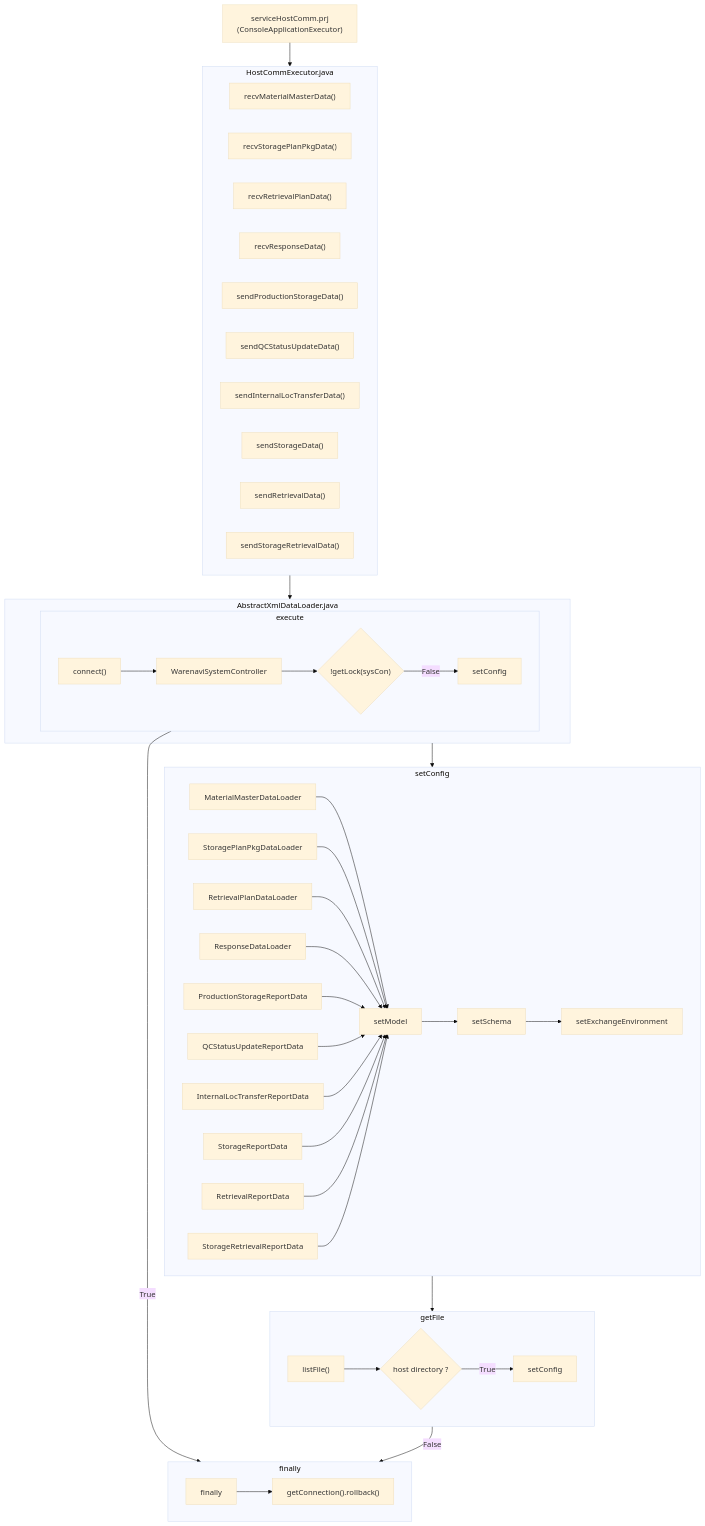
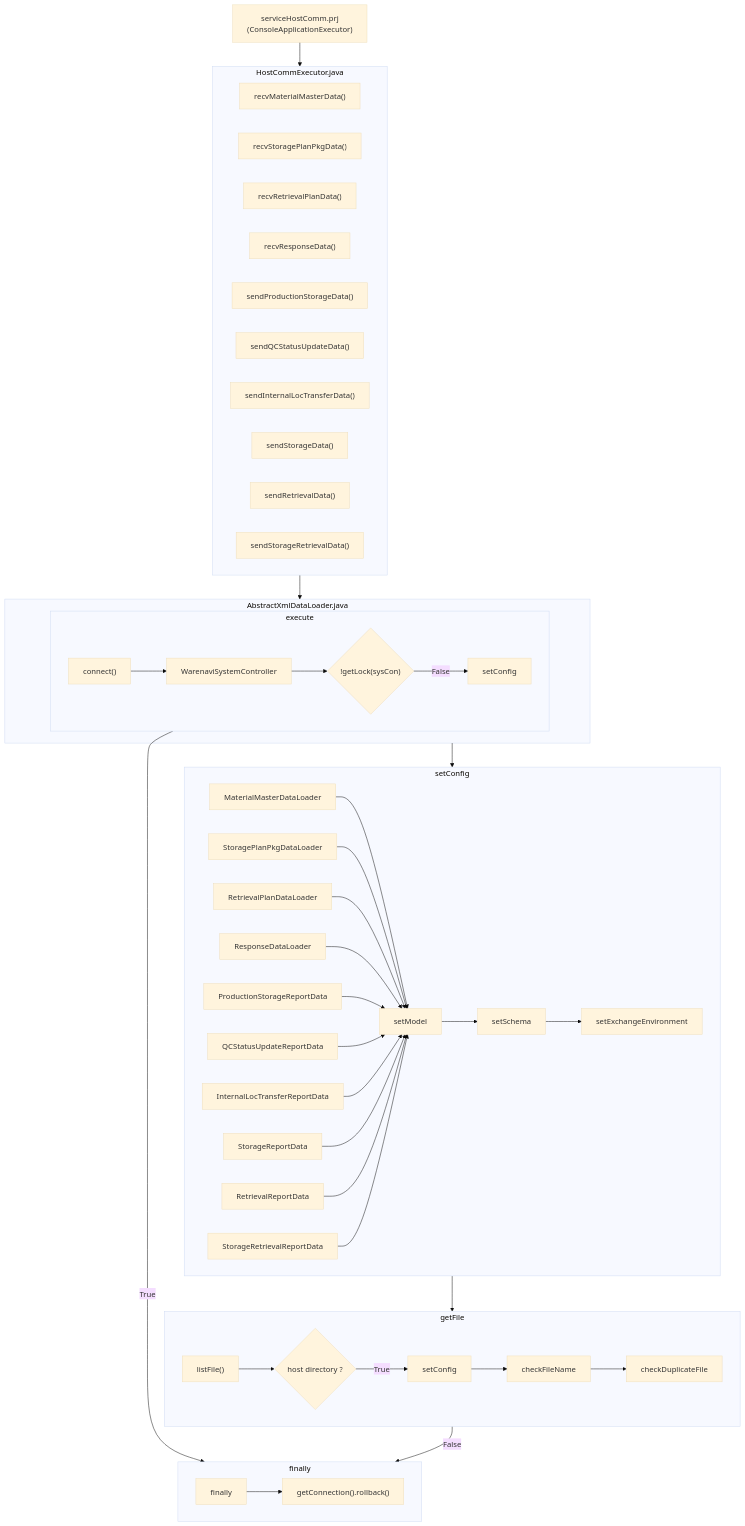
Before and after one commit to luthfiadityaa/SimeDarby-Wiki: the diagram in Basic-Design/Host-Interfaces.md, drawn with Mermaid (base theme).

Commit message:
Updated Host Interfaces

```diff
--- a/Basic-Design/Host-Interfaces.md
+++ b/Basic-Design/Host-Interfaces.md
@@ -30,77 +30,80 @@
 ::: mermaid
 flowchart TD
  C1["serviceHostComm.prj<br>(ConsoleApplicationExecutor)"]           
  C1 --> HostCommExecutor.java
  AbstractXmlDataLoader.java
  HostCommExecutor.java --> AbstractXmlDataLoader.java
  AbstractXmlDataLoader.java --> setConfig
  setConfig --> getFile
  execute --> |True| finally
  getFile --> |False| finally
 
 subgraph HostCommExecutor.java
  C2["recvMaterialMasterData()"]
  C3["recvStoragePlanPkgData()"]
  C4["recvRetrievalPlanData()"]
  C5["recvResponseData()"]
  C6["sendProductionStorageData()"]
  C7["sendQCStatusUpdateData()"]
  C8["sendInternalLocTransferData()"]
  C9["sendStorageData()"]
  C10["sendRetrievalData()"]
  C11["sendStorageRetrievalData()"]
 end
 
 subgraph AbstractXmlDataLoader.java
  execute        
 end
 
 subgraph execute
  C13["connect()"]
  C14["WarenaviSystemController"]
  
  Cond1{"!getLock(sysCon)"} 
 
  C16["setConfig"]
 
  C13 --> C14 --> Cond1
  Cond1 --> |False| C16   
 end
 
 subgraph setConfig
 
  E11["setModel"]
  E12["setSchema"]
  E13["setExchangeEnvironment"]
 
  E11--> E12 --> E13
 
  C21["MaterialMasterDataLoader"] --> E11
  C22["StoragePlanPkgDataLoader"] --> E11
  C23["RetrievalPlanDataLoader"] --> E11
  C24["ResponseDataLoader"] --> E11
  C25["ProductionStorageReportData"] --> E11
  C26["QCStatusUpdateReportData"] --> E11
  C27["InternalLocTransferReportData"] --> E11
  C28["StorageReportData"] --> E11
  C29["RetrievalReportData"] --> E11
  C30["StorageRetrievalReportData"] --> E11
             
 end
 
 subgraph getFile
  C31["listFile()"]    
  Cond2{"host directory ?"}   
  C32["setConfig"]
+ C33[checkFileName]
+ C34[checkDuplicateFile]
  C31 --> Cond2
  Cond2 --> |True| C32
+ C32 --> C33 --> C34 
 end
 
 subgraph finally
  C51 --> C52
 
  C51["finally"]
  C52["getConnection().rollback()"]
 end
 
 :::
```
